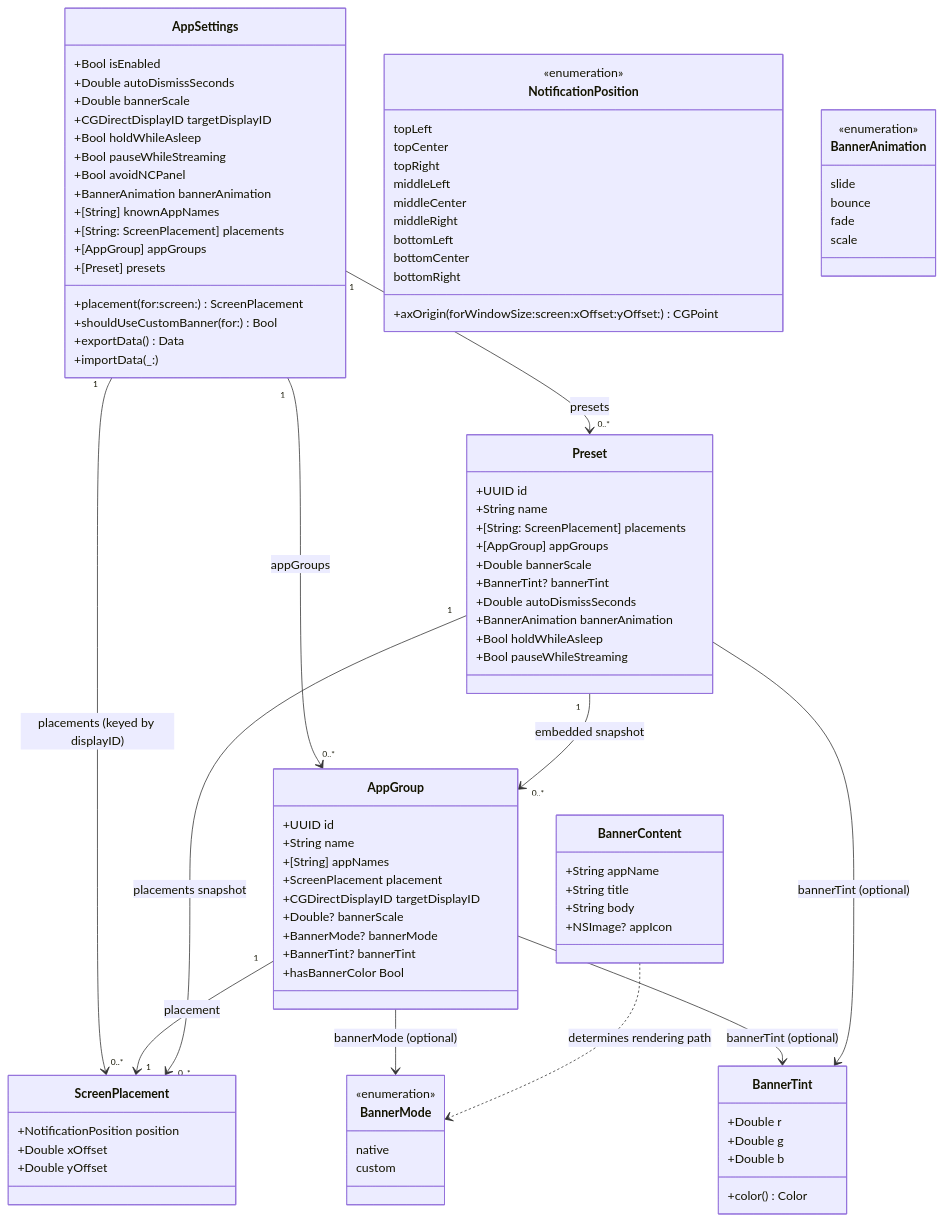
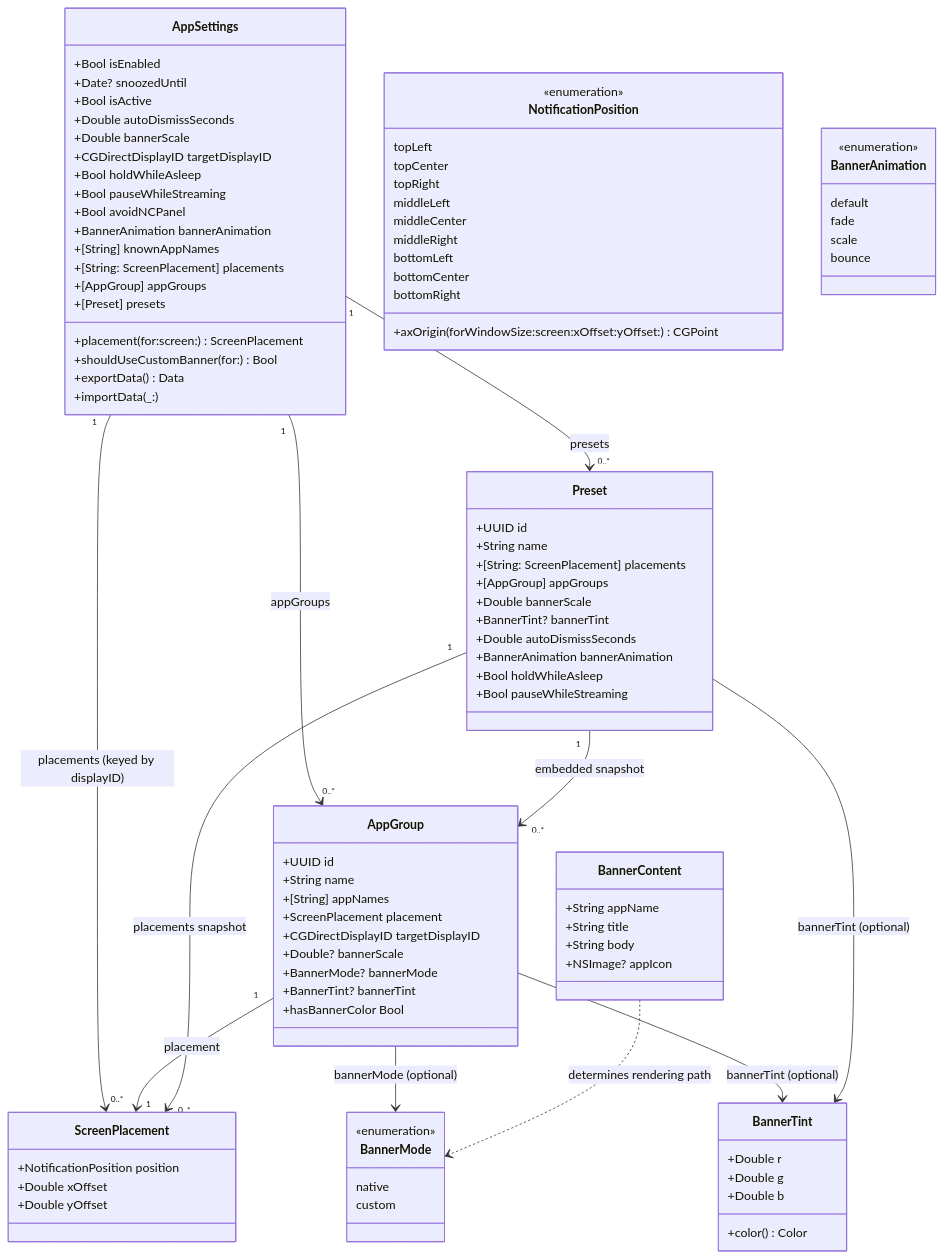
One commit to chessper53/NotificationNanny changed the third of 8 diagrams in ARCHITECTURE.md. Above: the diagram before and after it, drawn with Mermaid. The commit also changed other lines of this file and 19 other files, not shown here.

```diff
--- a/ARCHITECTURE.md
+++ b/ARCHITECTURE.md
@@ -296,6 +302,8 @@
 classDiagram
     class AppSettings {
         +Bool isEnabled
+        +Date? snoozedUntil
+        +Bool isActive
         +Double autoDismissSeconds
         +Double bannerScale
         +CGDirectDisplayID targetDisplayID
@@ -380,10 +388,10 @@
 
     class BannerAnimation {
         <<enumeration>>
-        slide
-        bounce
+        default
         fade
         scale
+        bounce
     }
 
     AppSettings "1" --> "0..*" AppGroup : appGroups
```
